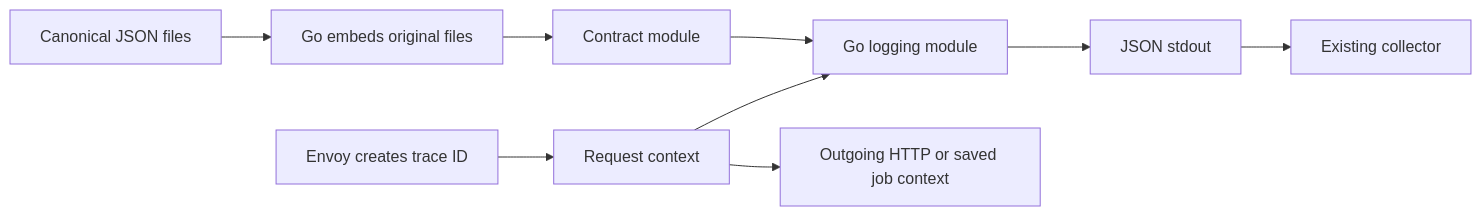
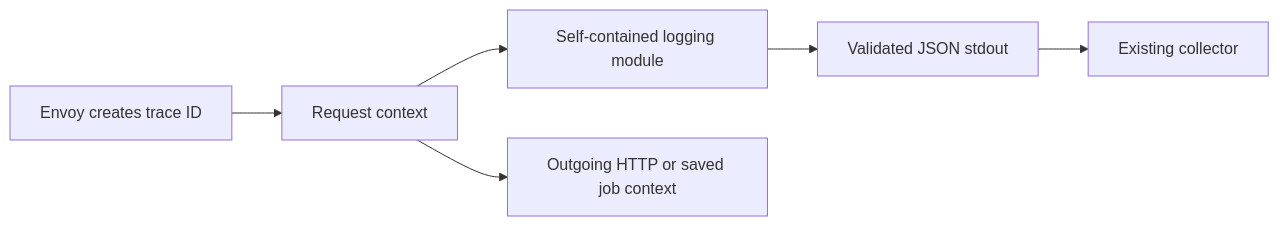
The diagram in go/observability/README.md (onenexus-team/onenexus-sdks), drawn with Mermaid before and after one commit. The commit also changed other lines of this file and 105 other files, not shown here.

````diff
--- a/go/observability/README.md
+++ b/go/observability/README.md
@@ -8,11 +6,8 @@
 ```mermaid
 flowchart LR
-    JSON[Canonical JSON files] --> Embed[Go embeds original files]
-    Embed --> Contract[Contract module]
-    Contract --> Logger[Go logging module]
     Envoy[Envoy creates trace ID] --> Context[Request context]
-    Context --> Logger
+    Context --> Logger[Self-contained logging module]
     Context --> HTTP[Outgoing HTTP or saved job context]
-    Logger --> Stdout[JSON stdout]
+    Logger --> Stdout[Validated JSON stdout]
     Stdout --> Collector[Existing collector]
 ```
````
